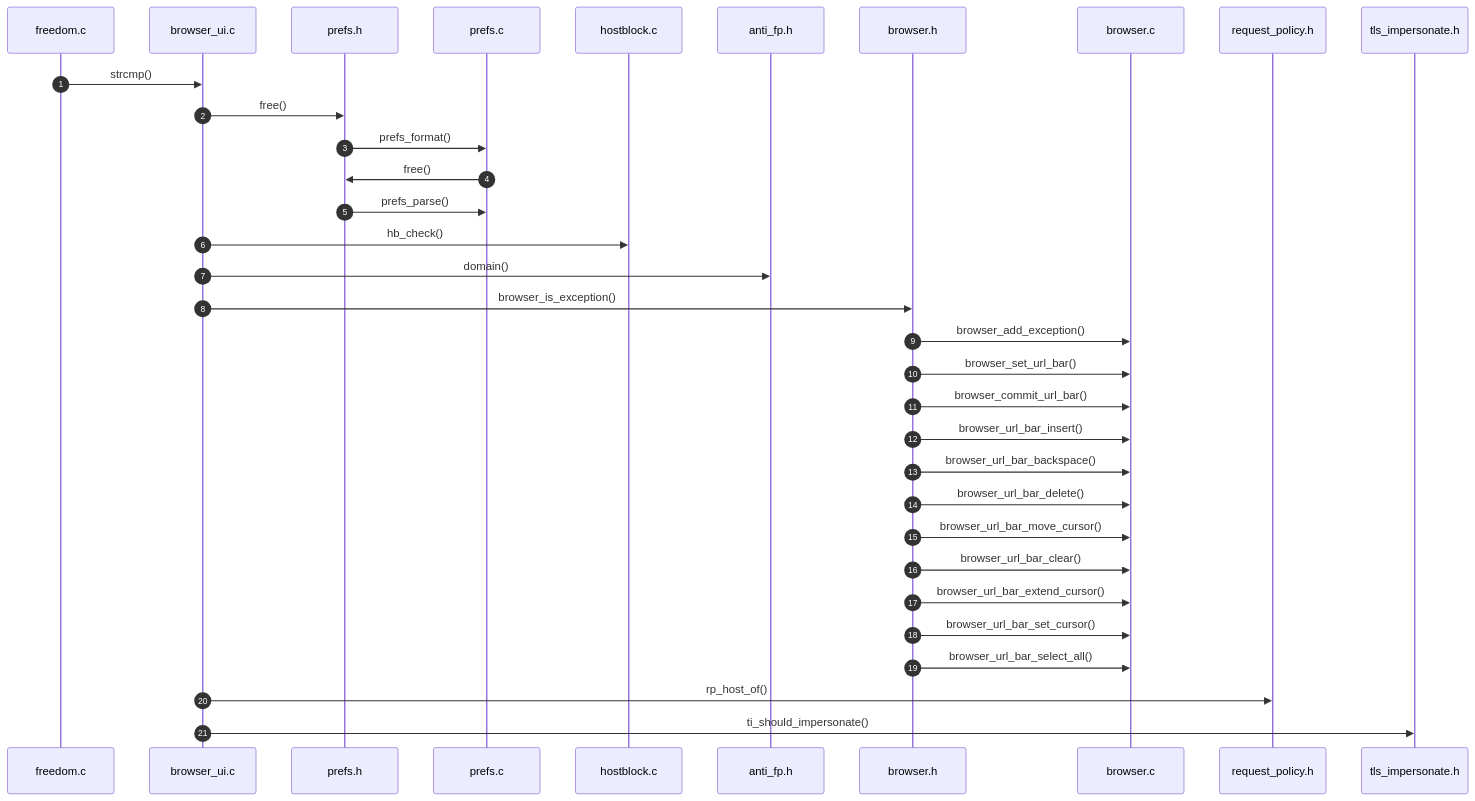
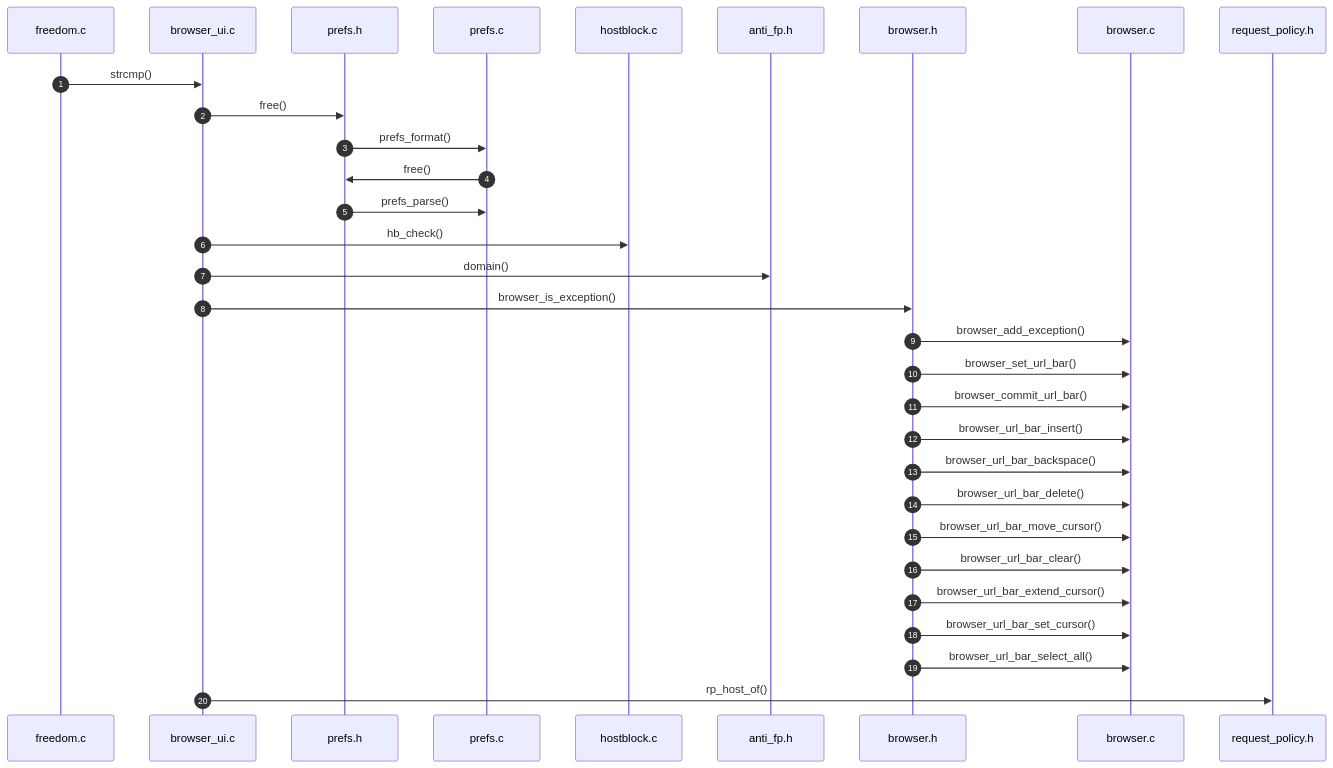
One commit to grisuno/FreeDom changed the sixth of 6 diagrams in readmenator-apidocs/architecture.md. Above: the diagram before and after it, drawn with Mermaid. The commit also changed other lines of this file and 279 other files, not shown here.

````diff
--- a/readmenator-apidocs/architecture.md
+++ b/readmenator-apidocs/architecture.md
@@ -240,35 +259,33 @@
 ```mermaid
 sequenceDiagram
     autonumber
     participant p_src_freedom_c as freedom.c
     participant p_gui_browser_ui_c as browser_ui.c
     participant p_include_prefs_h as prefs.h
     participant p_src_prefs_c as prefs.c
     participant p_src_hostblock_c as hostblock.c
     participant p_include_anti_fp_h as anti_fp.h
     participant p_include_browser_h as browser.h
     participant p_src_browser_c as browser.c
     participant p_include_request_policy_h as request_policy.h
-    participant p_include_tls_impersonate_h as tls_impersonate.h
     p_src_freedom_c->>p_gui_browser_ui_c: strcmp()
     p_gui_browser_ui_c->>p_include_prefs_h: free()
     p_include_prefs_h->>p_src_prefs_c: prefs_format()
     p_src_prefs_c->>p_include_prefs_h: free()
     p_include_prefs_h->>p_src_prefs_c: prefs_parse()
     p_gui_browser_ui_c->>p_src_hostblock_c: hb_check()
     p_gui_browser_ui_c->>p_include_anti_fp_h: domain()
     p_gui_browser_ui_c->>p_include_browser_h: browser_is_exception()
     p_include_browser_h->>p_src_browser_c: browser_add_exception()
     p_include_browser_h->>p_src_browser_c: browser_set_url_bar()
     p_include_browser_h->>p_src_browser_c: browser_commit_url_bar()
     p_include_browser_h->>p_src_browser_c: browser_url_bar_insert()
     p_include_browser_h->>p_src_browser_c: browser_url_bar_backspace()
     p_include_browser_h->>p_src_browser_c: browser_url_bar_delete()
     p_include_browser_h->>p_src_browser_c: browser_url_bar_move_cursor()
     p_include_browser_h->>p_src_browser_c: browser_url_bar_clear()
     p_include_browser_h->>p_src_browser_c: browser_url_bar_extend_cursor()
     p_include_browser_h->>p_src_browser_c: browser_url_bar_set_cursor()
     p_include_browser_h->>p_src_browser_c: browser_url_bar_select_all()
     p_gui_browser_ui_c->>p_include_request_policy_h: rp_host_of()
-    p_gui_browser_ui_c->>p_include_tls_impersonate_h: ti_should_impersonate()
 ```
````
